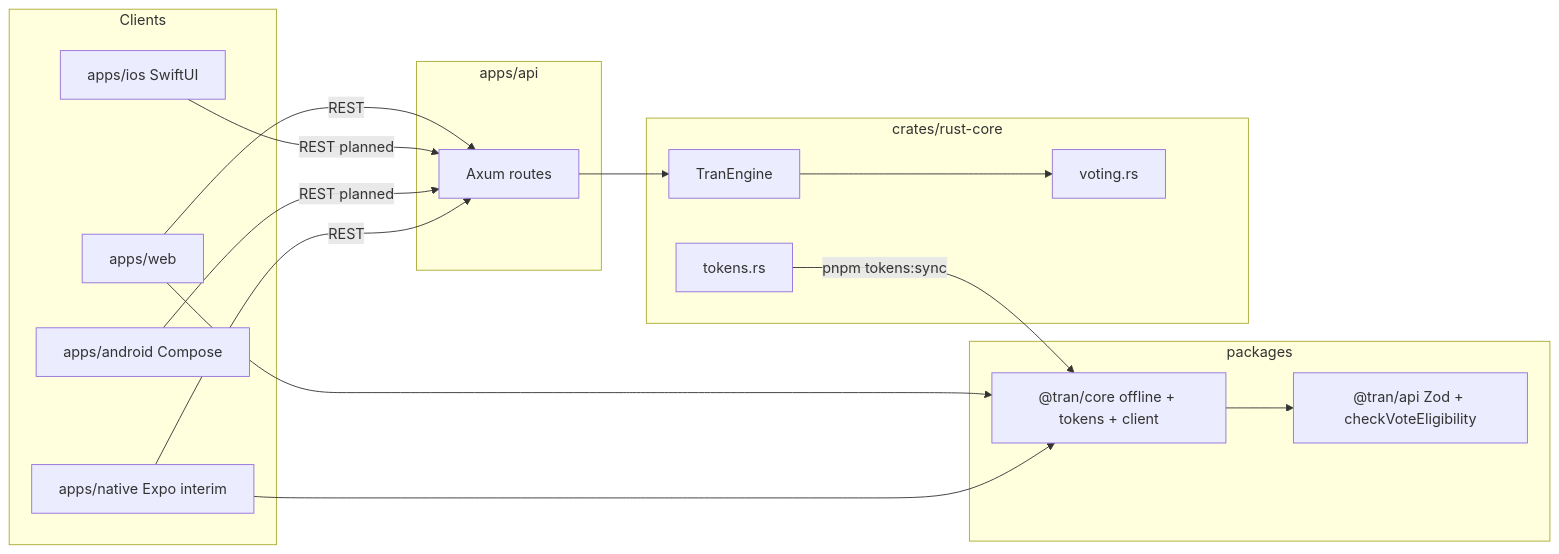
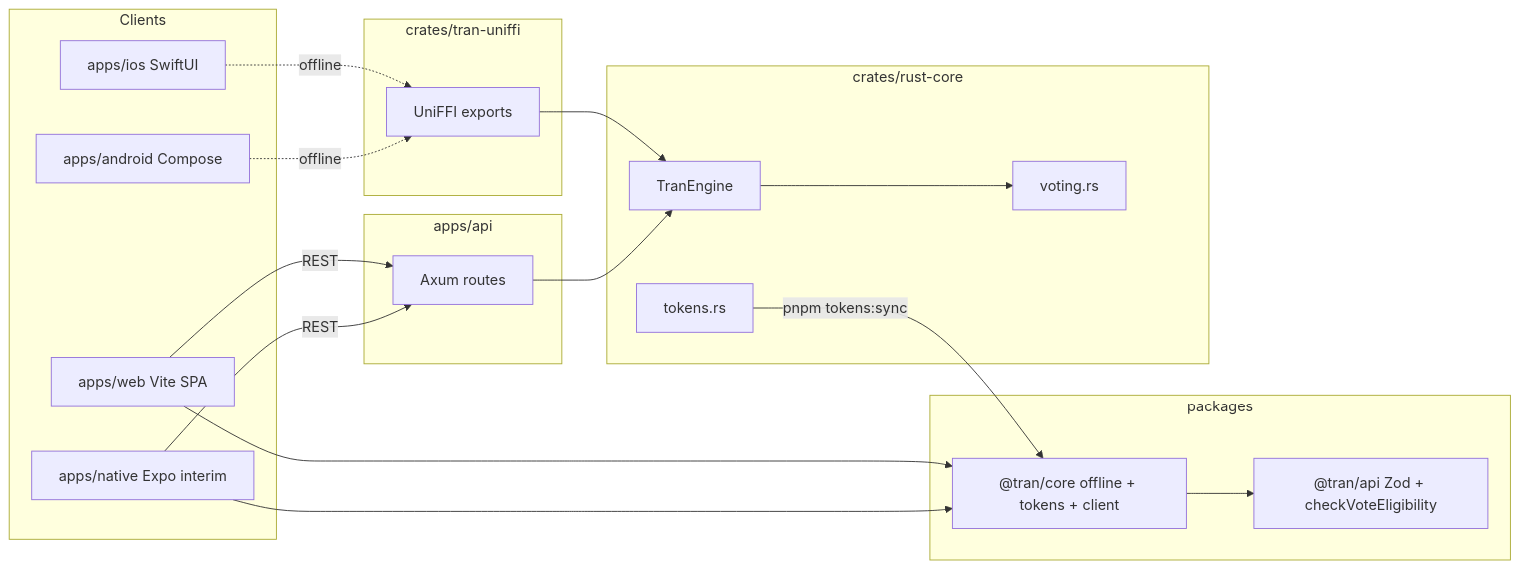
One commit to bishalg/create-TRAN changed the diagram in docs/SAMPLE_APP.md. Above: the diagram before and after it, drawn with Mermaid. The commit also changed other lines of this file and 11 other files, not shown here.

Commit message:
docs: sync README and core docs with UniFFI native stack

````diff
--- a/docs/SAMPLE_APP.md
+++ b/docs/SAMPLE_APP.md
@@ -7,32 +7,36 @@
 ```mermaid
 flowchart LR
   subgraph clients [Clients]
-    Web[apps/web]
+    Web[apps/web Vite SPA]
     IOS[apps/ios SwiftUI]
     Android[apps/android Compose]
     LegacyRN[apps/native Expo interim]
   end
   subgraph shared [packages]
     CoreTS["@tran/core offline + tokens + client"]
     APIPkg["@tran/api Zod + checkVoteEligibility"]
+  end
+  subgraph ffi [crates/tran-uniffi]
+    Uni[UniFFI exports]
   end
   subgraph backend [apps/api]
     Axum[Axum routes]
   end
   subgraph rust [crates/rust-core]
     Voting[voting.rs]
     Tokens[tokens.rs]
     Engine[TranEngine]
   end
 
   Web --> CoreTS
   LegacyRN --> CoreTS
   CoreTS --> APIPkg
   Web -->|REST| Axum
-  IOS -->|REST planned| Axum
-  Android -->|REST planned| Axum
+  IOS -.->|offline| Uni
+  Android -.->|offline| Uni
+  Uni --> Engine
   LegacyRN -->|REST| Axum
   Axum --> Engine
   Engine --> Voting
   Tokens -->|pnpm tokens:sync| CoreTS
 ```
````
